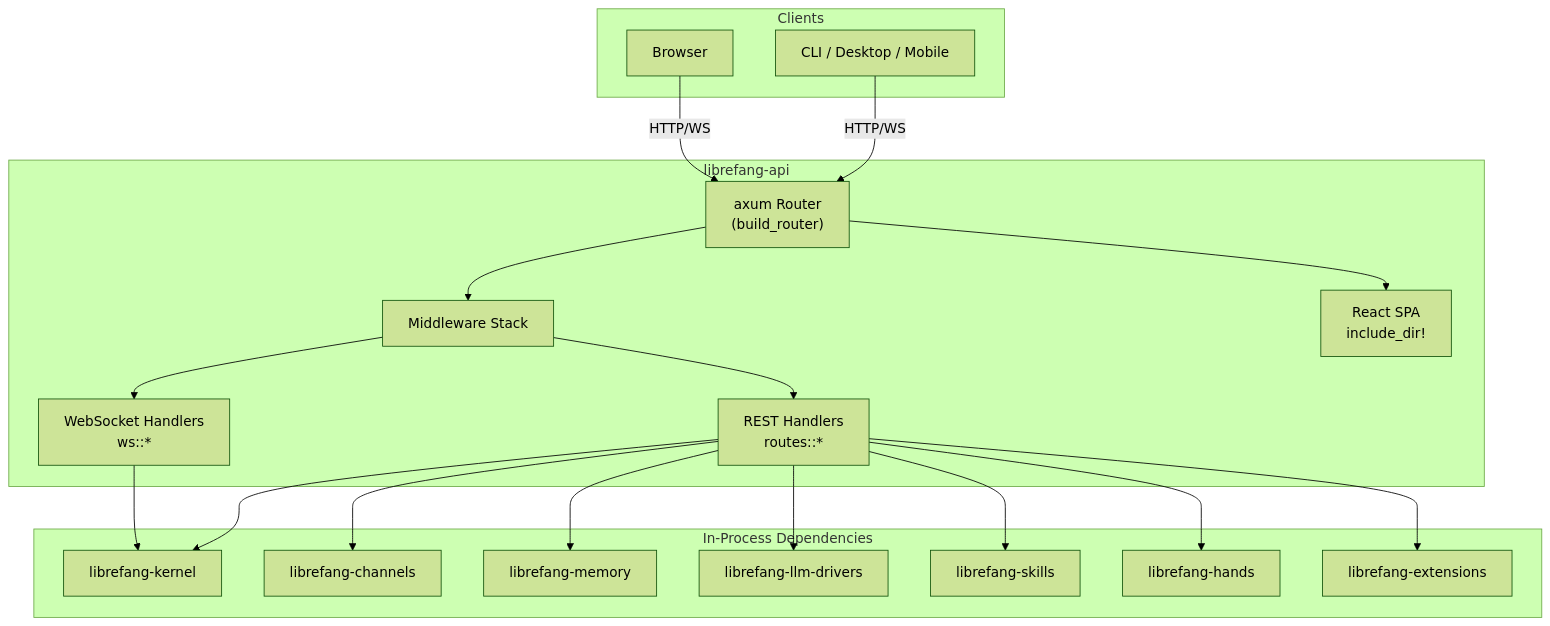
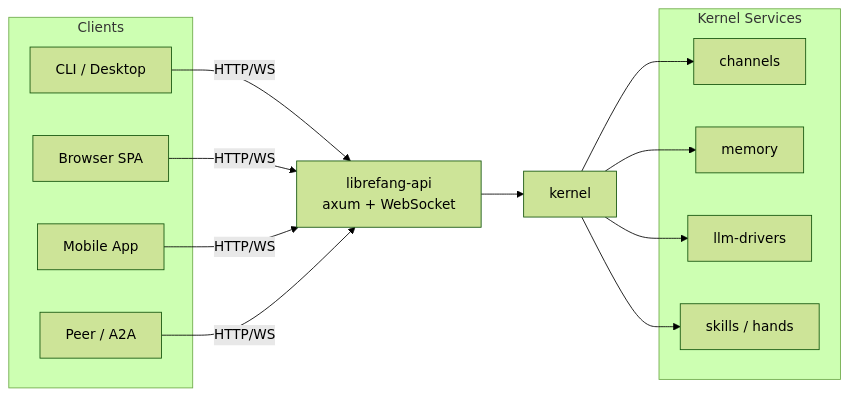
The diagram in other-librefang-api.md (leszek3737/librefang-WIki), drawn with Mermaid (forest theme) before and after one commit. The commit also changed other lines of this file and 110 other files, not shown here.

````diff
--- a/other-librefang-api.md
+++ b/other-librefang-api.md
@@ -9,40 +11,26 @@
 ```mermaid
-graph TD
+graph LR
     subgraph Clients
-        CLI[CLI / Desktop / Mobile]
-        Browser[Browser]
+        CLI[CLI / Desktop]
+        WEB[Browser SPA]
+        MOBILE[Mobile App]
+        PEER[Peer / A2A]
     end
-
-    subgraph "librefang-api"
-        Router["axum Router<br/>(build_router)"]
-        MW[Middleware Stack]
-        REST[REST Handlers<br/>routes::*]
-        WS[WebSocket Handlers<br/>ws::*]
-        Dashboard[React SPA<br/>include_dir!]
+    API[librefang-api<br/>axum + WebSocket]
+    K[kernel]
+    subgraph Kernel Services
+        CH[channels]
+        MEM[memory]
+        LLM[llm-drivers]
+        SK[skills / hands]
     end
-
-    subgraph "In-Process Dependencies"
-        Kernel[librefang-kernel]
-        Channels[librefang-channels]
-        Memory[librefang-memory]
-        LLM[librefang-llm-drivers]
-        Skills[librefang-skills]
-        Hands[librefang-hands]
-        Extensions[librefang-extensions]
-    end
-
-    CLI -->|HTTP/WS| Router
-    Browser -->|HTTP/WS| Router
-    Router --> MW
-    MW --> REST
-    MW --> WS
-    Router --> Dashboard
-    REST --> Kernel
-    REST --> Channels
-    REST --> Memory
-    REST --> LLM
-    REST --> Skills
-    REST --> Hands
-    REST --> Extensions
-    WS --> Kernel
+    CLI -->|HTTP/WS| API
+    WEB -->|HTTP/WS| API
+    MOBILE -->|HTTP/WS| API
+    PEER -->|HTTP/WS| API
+    API --> K
+    K --> CH
+    K --> MEM
+    K --> LLM
+    K --> SK
 ```
````
